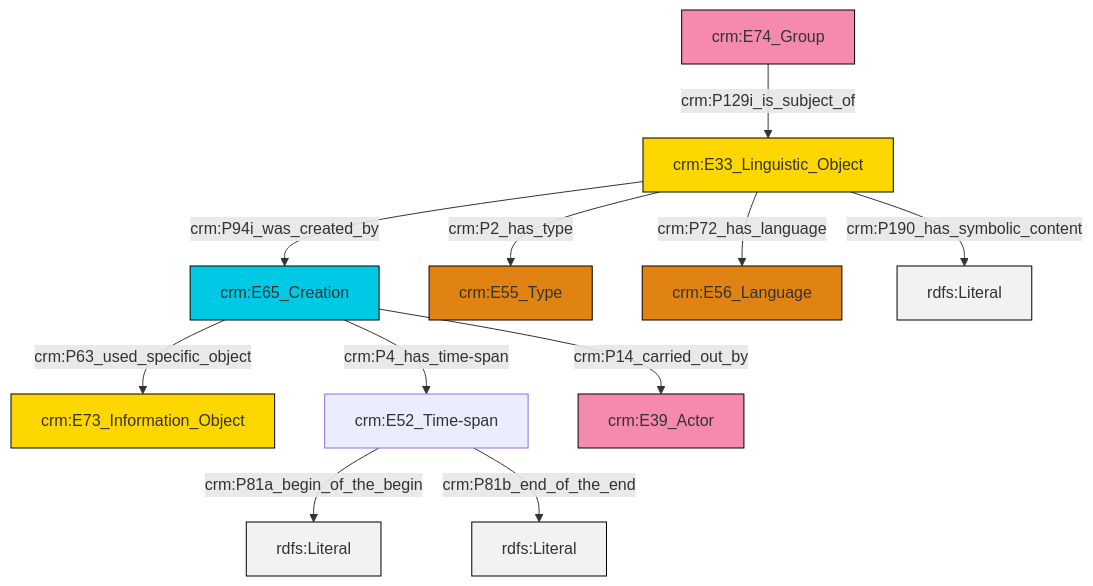
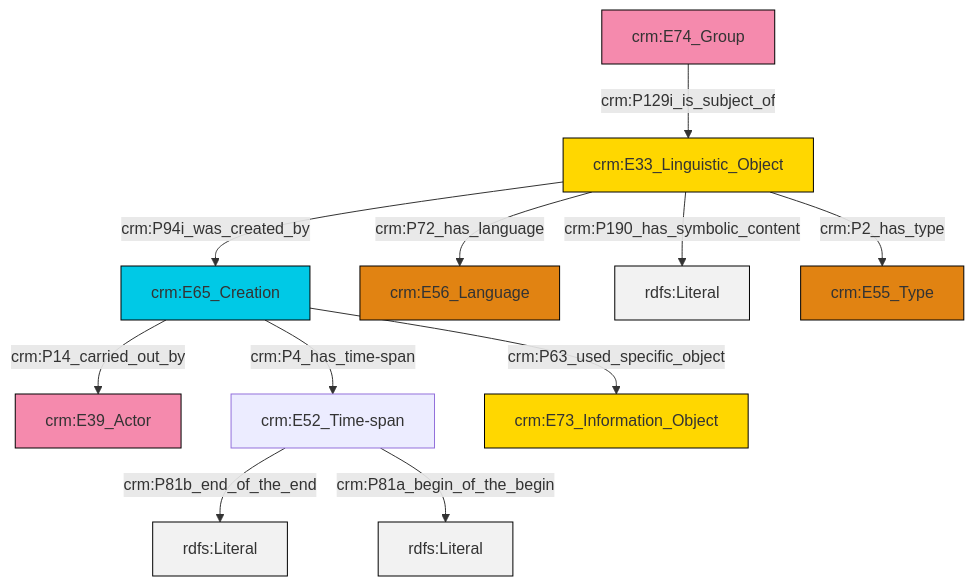
Before and after one commit to swiss-art-research-net/reference-data-models: the diagram in et/groupCSV/ttl/mmd/group_description.ttl.mmd, drawn with Mermaid. The commit also changed 128 other files, not shown here.

```diff
--- a/et/groupCSV/ttl/mmd/group_description.ttl.mmd
+++ b/et/groupCSV/ttl/mmd/group_description.ttl.mmd
@@ -1,25 +1,25 @@
 graph TD
 classDef Literal fill:#f2f2f2,stroke:#000000;
 classDef CRM_Entity fill:#FFFFFF,stroke:#000000;
 classDef Temporal_Entity fill:#00C9E6, stroke:#000000;
 classDef Type fill:#E18312, stroke:#000000;
 classDef Time-Span fill:#2C9C91, stroke:#000000;
 classDef Appellation fill:#FFEB7F, stroke:#000000;
 classDef Place fill:#008836, stroke:#000000;
 classDef Persistent_Item fill:#B266B2, stroke:#000000;
 classDef Conceptual_Object fill:#FFD700, stroke:#000000;
 classDef Physical_Thing fill:#D2B48C, stroke:#000000;
 classDef Actor fill:#f58aad, stroke:#000000;
 classDef PC_Classes fill:#4ce600, stroke:#000000;
 classDef Multi fill:#cccccc,stroke:#000000;
 
-6["crm:E65_Creation"]:::Temporal_Entity -->|crm:P4_has_time-span| 7["crm:E52_Time-span"]:::Default
-2["crm:E33_Linguistic_Object"]:::Conceptual_Object -->|crm:P2_has_type| 8["crm:E55_Type"]:::Type
-6["crm:E65_Creation"]:::Temporal_Entity -->|crm:P14_carried_out_by| 9["crm:E39_Actor"]:::Actor
-2["crm:E33_Linguistic_Object"]:::Conceptual_Object -->|crm:P72_has_language| 12["crm:E56_Language"]:::Type
-6["crm:E65_Creation"]:::Temporal_Entity -->|crm:P63_used_specific_object| 4["crm:E73_Information_Object"]:::Conceptual_Object
-2["crm:E33_Linguistic_Object"]:::Conceptual_Object -->|crm:P190_has_symbolic_content| 14[rdfs:Literal]:::Literal
-7["crm:E52_Time-span"]:::Default -->|crm:P81a_begin_of_the_begin| 15[rdfs:Literal]:::Literal
-2["crm:E33_Linguistic_Object"]:::Conceptual_Object -->|crm:P94i_was_created_by| 6["crm:E65_Creation"]:::Temporal_Entity
-0["crm:E74_Group"]:::Actor -->|crm:P129i_is_subject_of| 2["crm:E33_Linguistic_Object"]:::Conceptual_Object
-7["crm:E52_Time-span"]:::Default -->|crm:P81b_end_of_the_end| 17[rdfs:Literal]:::Literal
+0["crm:E65_Creation"]:::Temporal_Entity -->|crm:P14_carried_out_by| 1["crm:E39_Actor"]:::Actor
+4["crm:E33_Linguistic_Object"]:::Conceptual_Object -->|crm:P190_has_symbolic_content| 5[rdfs:Literal]:::Literal
+4["crm:E33_Linguistic_Object"]:::Conceptual_Object -->|crm:P2_has_type| 6["crm:E55_Type"]:::Type
+4["crm:E33_Linguistic_Object"]:::Conceptual_Object -->|crm:P72_has_language| 2["crm:E56_Language"]:::Type
+4["crm:E33_Linguistic_Object"]:::Conceptual_Object -->|crm:P94i_was_created_by| 0["crm:E65_Creation"]:::Temporal_Entity
+10["crm:E52_Time-span"]:::Default -->|crm:P81b_end_of_the_end| 14[rdfs:Literal]:::Literal
+15["crm:E74_Group"]:::Actor -->|crm:P129i_is_subject_of| 4["crm:E33_Linguistic_Object"]:::Conceptual_Object
+10["crm:E52_Time-span"]:::Default -->|crm:P81a_begin_of_the_begin| 16[rdfs:Literal]:::Literal
+0["crm:E65_Creation"]:::Temporal_Entity -->|crm:P63_used_specific_object| 12["crm:E73_Information_Object"]:::Conceptual_Object
+0["crm:E65_Creation"]:::Temporal_Entity -->|crm:P4_has_time-span| 10["crm:E52_Time-span"]:::Default
```
